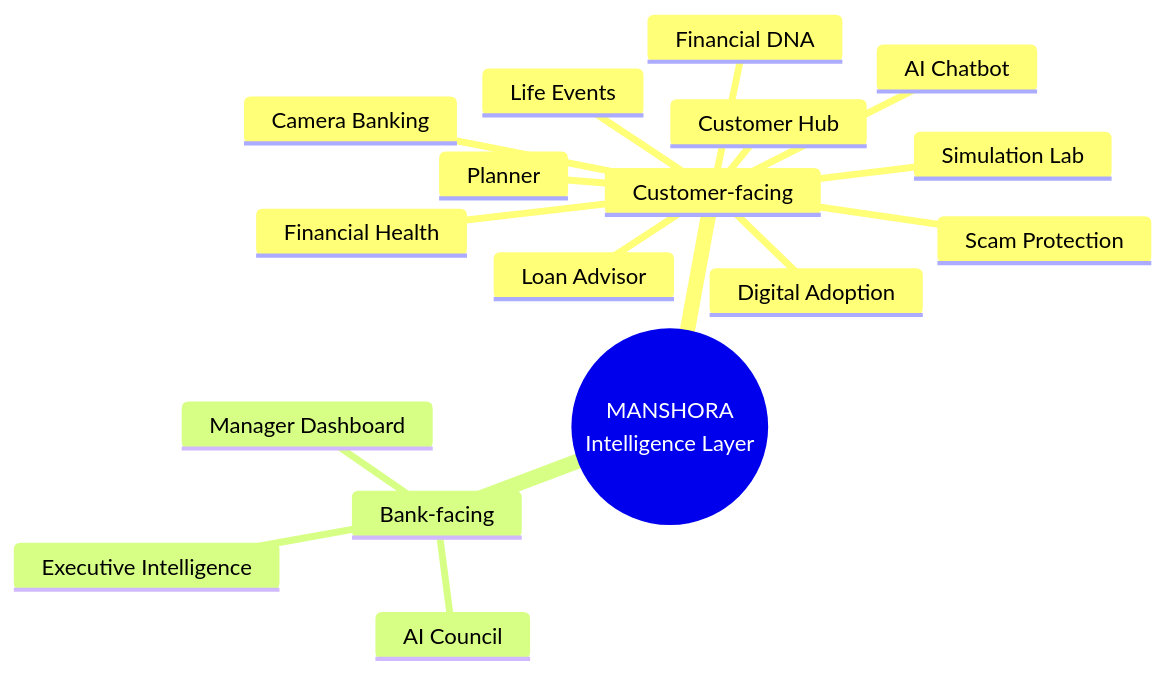
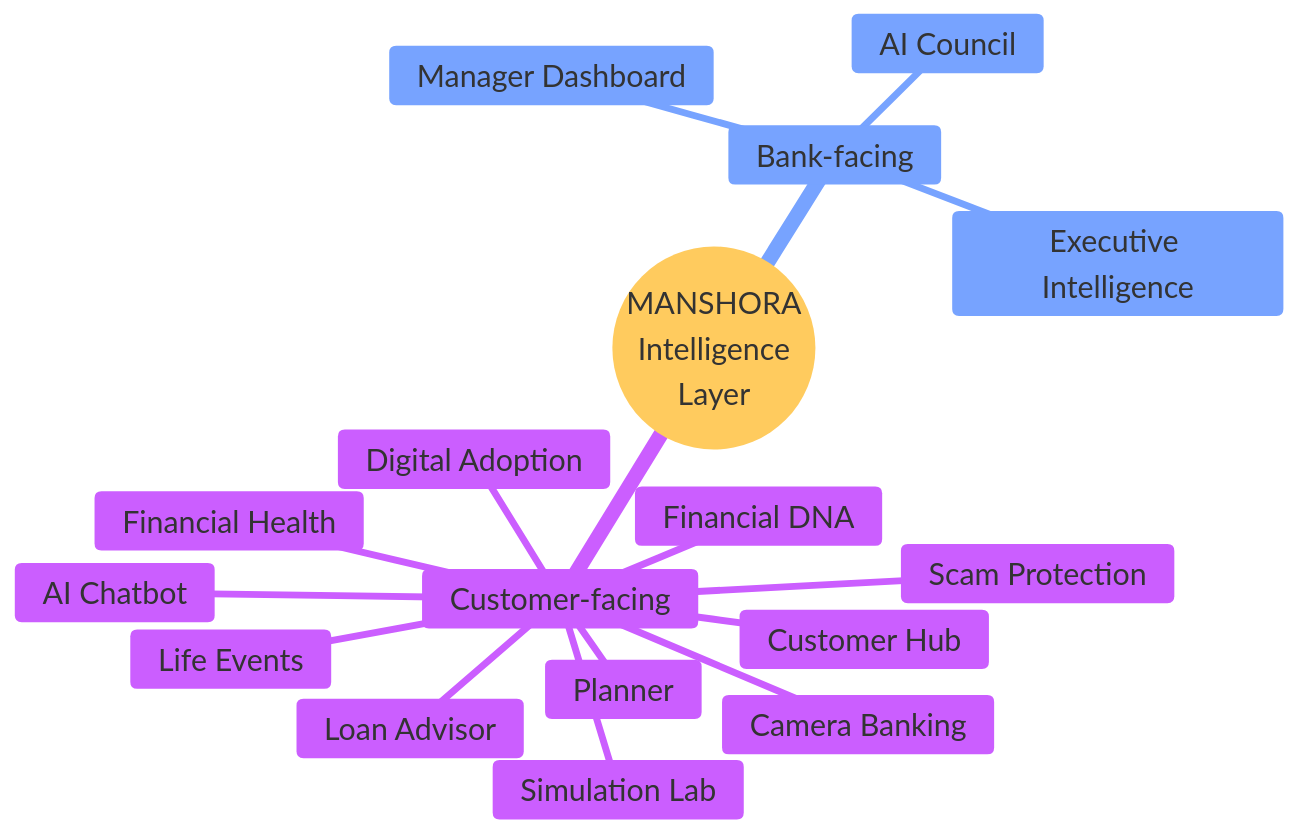
The fourth of 16 diagrams in README.md (Mansi232323/MANSHORA), drawn with Mermaid before and after one commit. The commit also changed other lines of this file, not shown here.

````diff
--- a/README.md
+++ b/README.md
@@ -135,20 +208,21 @@
 ```mermaid
+%%{init: {'theme':'base','themeVariables':{'fontSize':'22px'}}}%%
 mindmap
-  root((MANSHORA<br/>Intelligence Layer))
+  root((MANSHORA<br/>Intelligence<br/>Layer))
     Customer-facing
       Customer Hub
       Financial Health
       Financial DNA
       AI Chatbot
       Life Events
       Simulation Lab
       Planner
       Loan Advisor
       Scam Protection
       Camera Banking
       Digital Adoption
     Bank-facing
       AI Council
       Manager Dashboard
       Executive Intelligence
 ```
````
